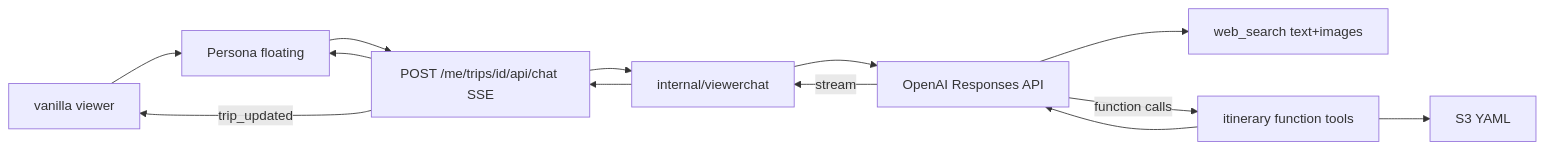
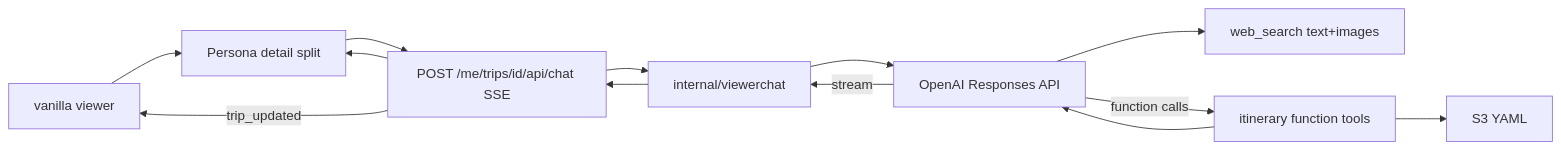
The diagram in docs/plan-viewer-openai-chat.md (yaronf/tripmap), drawn with Mermaid before and after one commit. The commit also changed other lines of this file and 37 other files, not shown here.

````diff
--- a/docs/plan-viewer-openai-chat.md
+++ b/docs/plan-viewer-openai-chat.md
@@ -28,17 +28,17 @@
 ```mermaid
 flowchart LR
   viewer[vanilla viewer]
-  persona[Persona floating]
+  persona[Persona detail split]
   chatAPI["POST /me/trips/id/api/chat SSE"]
   pkg[internal/viewerchat]
   openai[OpenAI Responses API]
   web[web_search text+images]
   tools[itinerary function tools]
   s3[S3 YAML]
   viewer --> persona --> chatAPI --> pkg --> openai
   openai --> web
   openai -->|function calls| tools --> s3
   tools --> openai
   openai -->|stream| pkg --> chatAPI --> persona
   chatAPI -->|trip_updated| viewer
 ```
````
